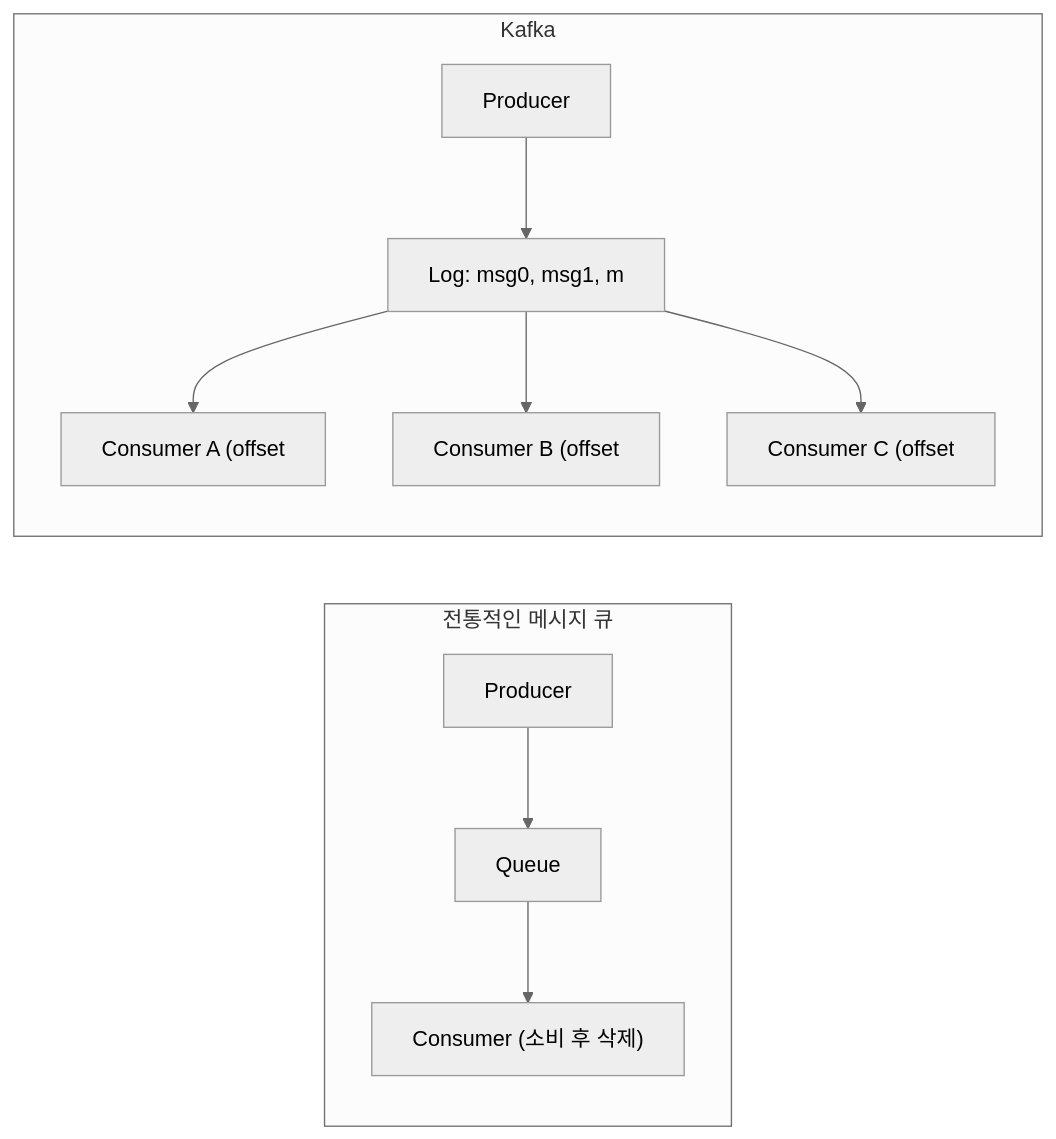
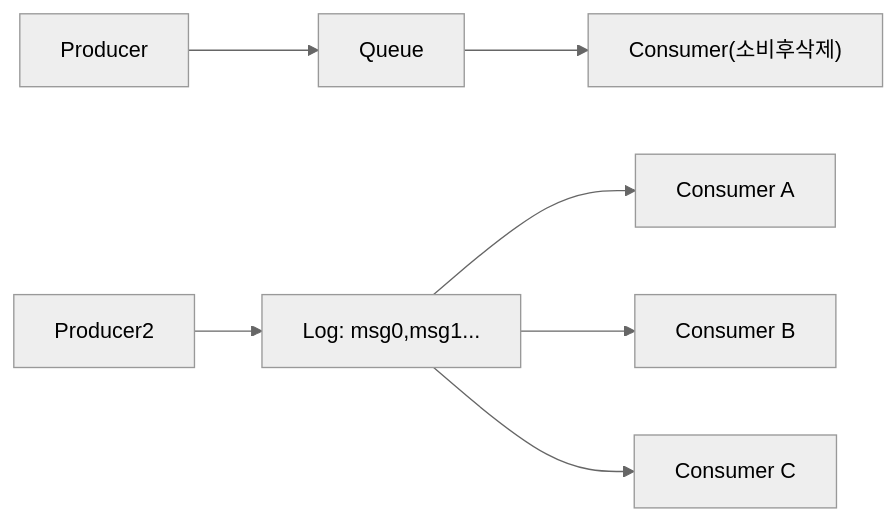
Before and after one commit to yjkim2015/yjkim2015.github.io: the first of 17 diagrams in _posts/kafka/2026-05-01-kafka-fundamentals.md, drawn with Mermaid (neutral theme). The commit also changed other lines of this file and 155 other files, not shown here.

First line of the commit message:
Mermaid 전면 수정: subgraph 제거, participant/노드/줄수 축소 (342블록)

````diff
--- a/_posts/kafka/2026-05-01-kafka-fundamentals.md
+++ b/_posts/kafka/2026-05-01-kafka-fundamentals.md
@@ -38,12 +38,8 @@
 ```mermaid
 graph LR
-    subgraph traditional["전통적인 메시지 큐"]
-        P1[Producer] --> Q[Queue] --> C1["Consumer (소비 후 삭제)"]
-    end
-    subgraph kafka["Kafka"]
-        P2[Producer] --> LOG["Log: msg0, msg1, m"]
-        LOG --> CA["Consumer A (offset"]
-        LOG --> CB["Consumer B (offset"]
-        LOG --> CC["Consumer C (offset"]
-    end
+    P1[Producer] --> Q[Queue] --> C1["Consumer(소비후삭제)"]
+    P2[Producer2] --> LOG["Log: msg0,msg1..."]
+    LOG --> CA["Consumer A"]
+    LOG --> CB["Consumer B"]
+    LOG --> CC["Consumer C"]
 ```
````
